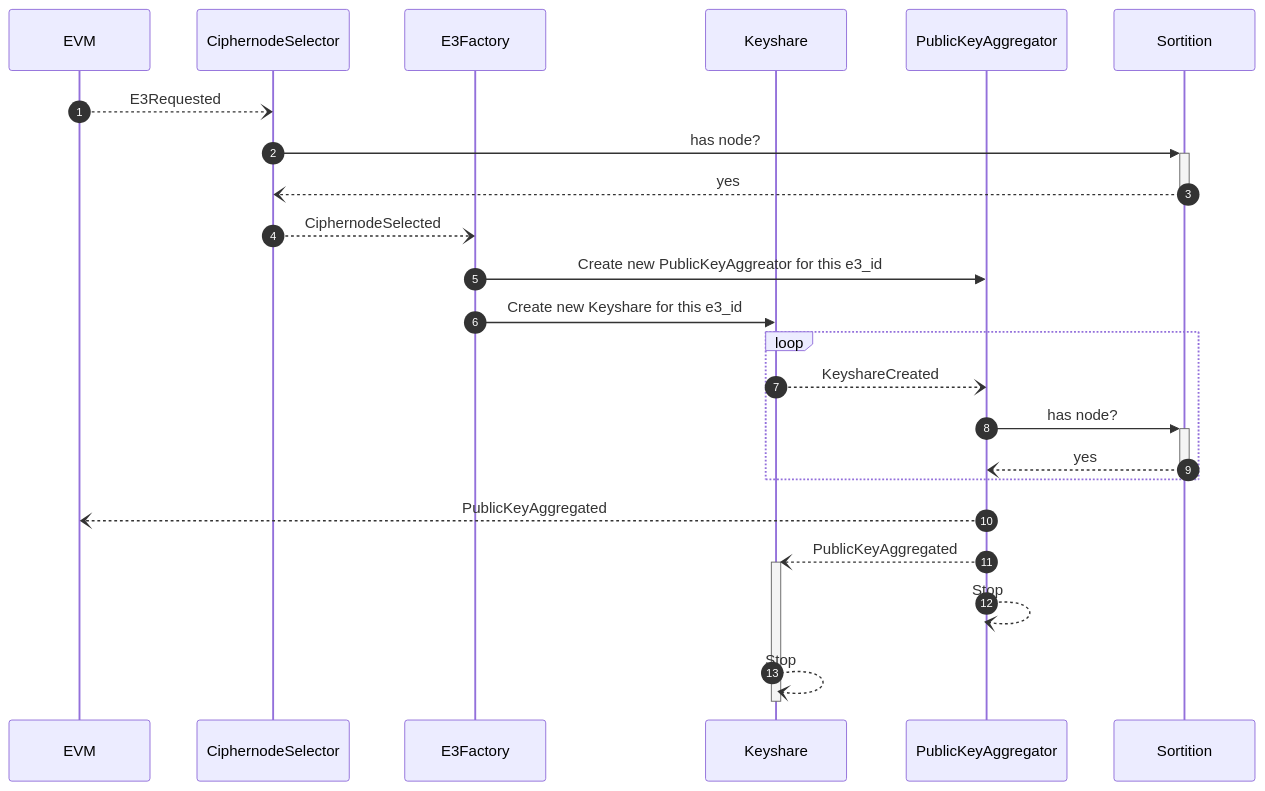
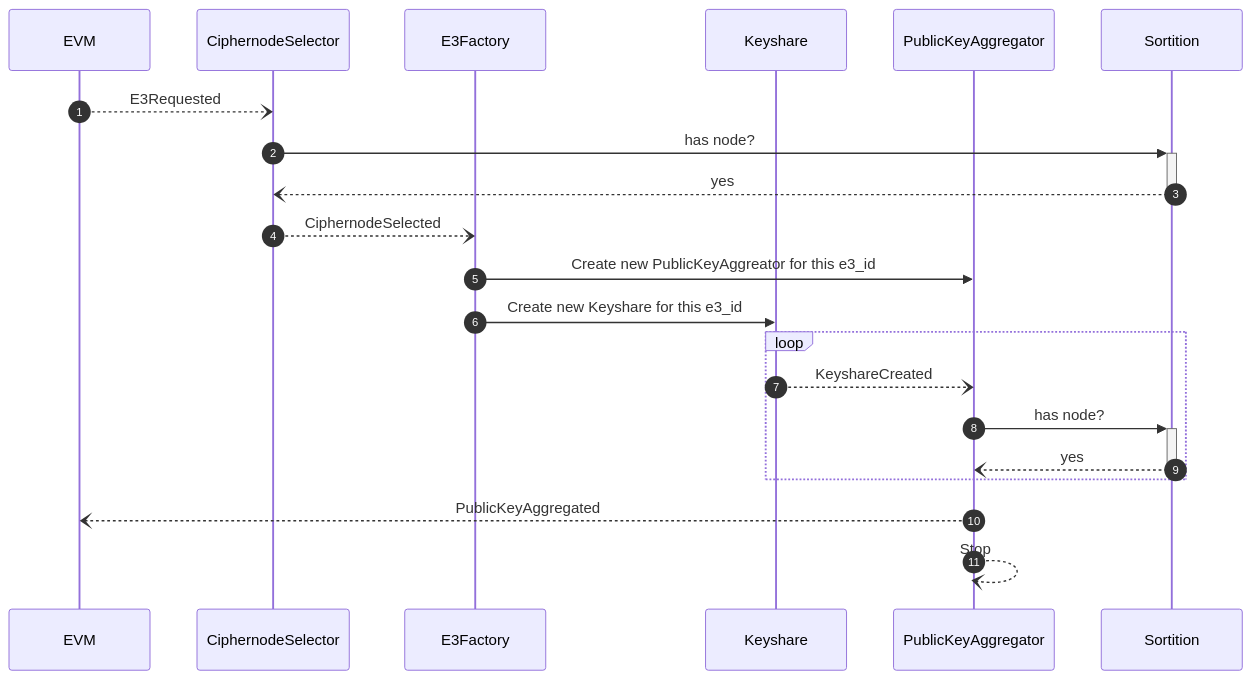
The first of 2 diagrams in packages/ciphernode/README.md (gnosisguild/enclave), drawn with Mermaid before and after one commit.

Commit message:
Public key aggregated does not stop keyshare

````diff
--- a/packages/ciphernode/README.md
+++ b/packages/ciphernode/README.md
@@ -3,26 +3,24 @@
 ```mermaid
 sequenceDiagram
     autonumber
     participant EVM as EVM
     participant CS as CiphernodeSelector
     participant E3 as E3Factory
     participant KS as Keyshare
     participant PKA as PublicKeyAggregator
     participant S as Sortition
     
     EVM--)CS: E3Requested 
     CS->>+S: has node?
     S--)-CS: yes
     CS--)E3: CiphernodeSelected
     E3->>PKA: Create new PublicKeyAggreator for this e3_id
     E3->>KS: Create new Keyshare for this e3_id
     loop
         KS--)PKA: KeyshareCreated
         PKA->>+S: has node?
         S--)-PKA: yes
     end
     PKA--)EVM: PublicKeyAggregated
-    PKA--)+KS: PublicKeyAggregated
     PKA--)PKA: Stop
-    KS--)-KS: Stop
 ```
````
